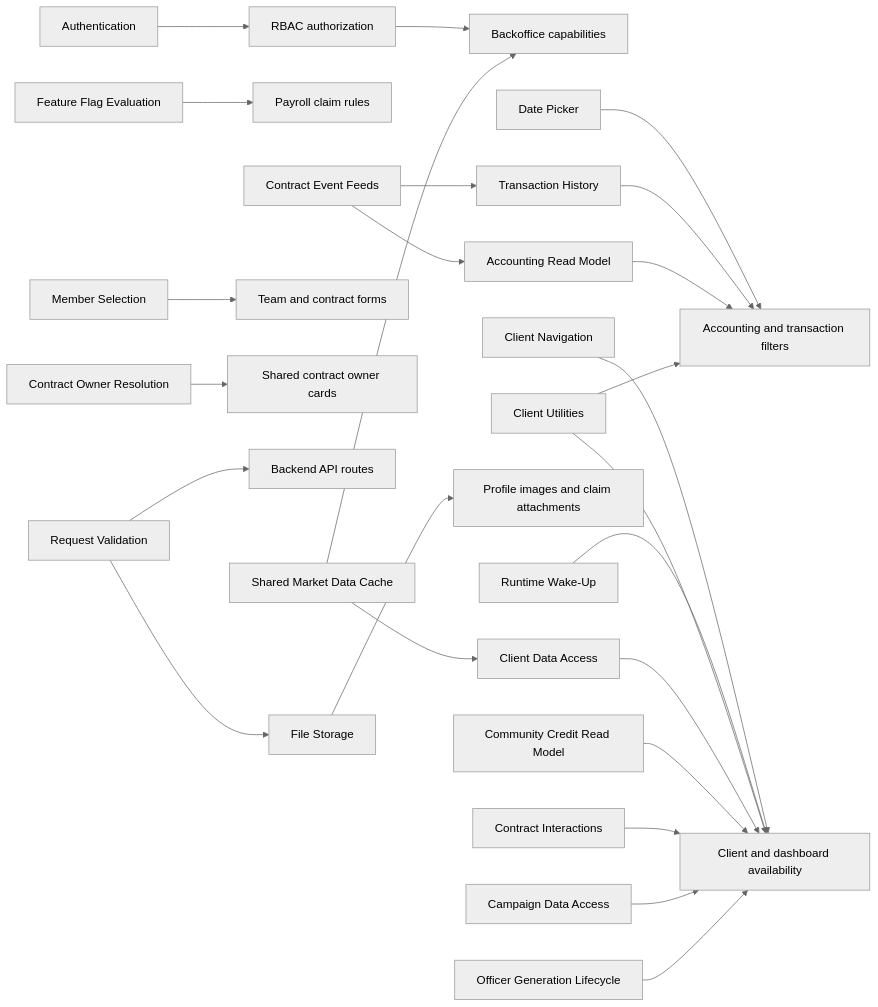
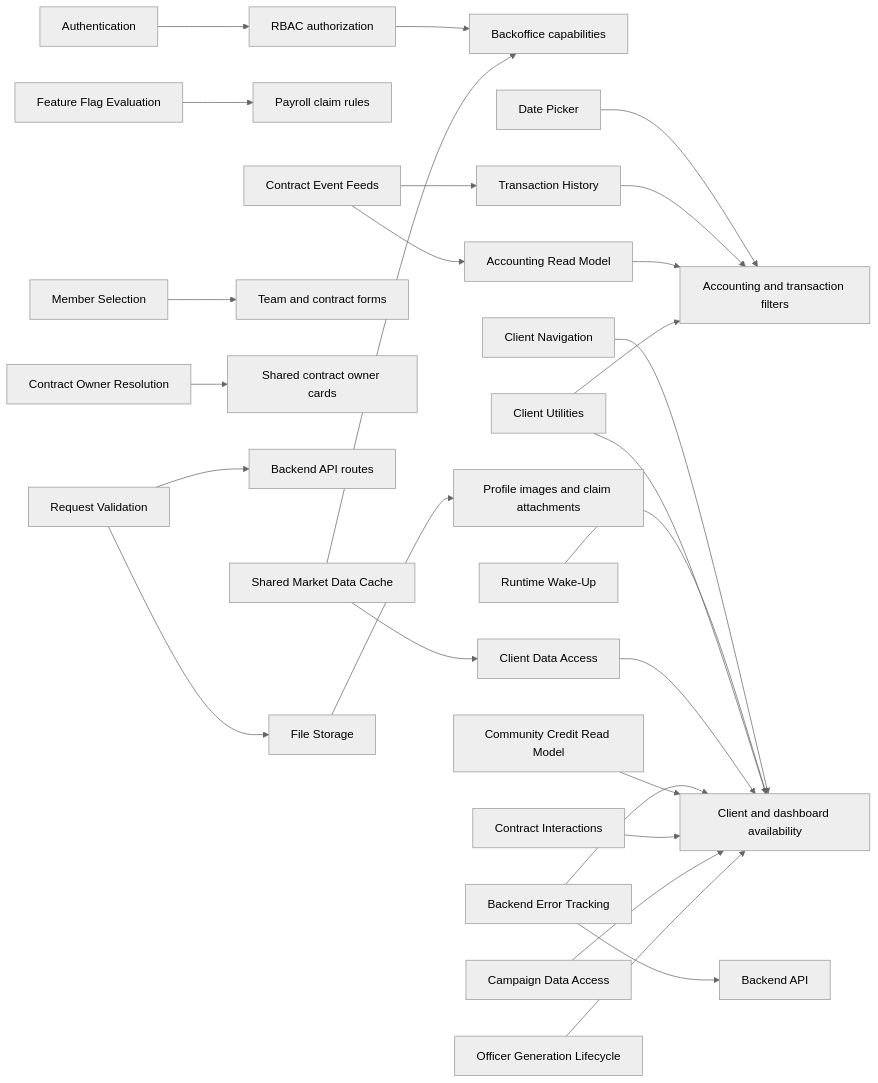
The diagram in docs/implementation/README.md (globe-and-citizen/cnc-portal), drawn with Mermaid (neutral theme) before and after one commit. The commit also changed other lines of this file and 4 other files, not shown here.

Commit message:
docs: 📝 document backend Sentry error capture

````diff
--- a/docs/implementation/README.md
+++ b/docs/implementation/README.md
@@ -17,27 +17,29 @@
 ```mermaid
 flowchart LR
   auth[Authentication] --> rbac[RBAC authorization]
   rbac --> backoffice[Backoffice capabilities]
   navigation[Client Navigation] --> client[Client feature entry points]
   flags[Feature Flag Evaluation] --> payroll[Payroll claim rules]
   wake[Runtime Wake-Up] --> client[Client and dashboard availability]
   datePicker[Date Picker] --> reports[Accounting and transaction filters]
   contractEvents[Contract Event Feeds] --> transactionHistory
   transactionHistory[Transaction History] --> reports
   contractEvents --> accountingReadModel
   accountingReadModel[Accounting Read Model] --> reports
   selection[Member Selection] --> forms[Team and contract forms]
   owner[Contract Owner Resolution] --> cards[Shared contract owner cards]
   requestValidation[Request Validation] --> api[Backend API routes]
   fileStorage[File Storage] --> uploads[Profile images and claim attachments]
   requestValidation --> fileStorage
   utilities[Client Utilities] --> client
   utilities --> reports
   dataAccess[Client Data Access] --> client
   marketCache[Shared Market Data Cache] --> dataAccess
   marketCache --> backoffice
+  errorTracking[Backend Error Tracking] --> client
+  errorTracking --> backend[Backend API]
   creditReadModel[Community Credit Read Model] --> client
   contractInteractions[Contract Interactions] --> client
   campaignData[Campaign Data Access] --> client
   officerLifecycle[Officer Generation Lifecycle] --> client
 ```
````
